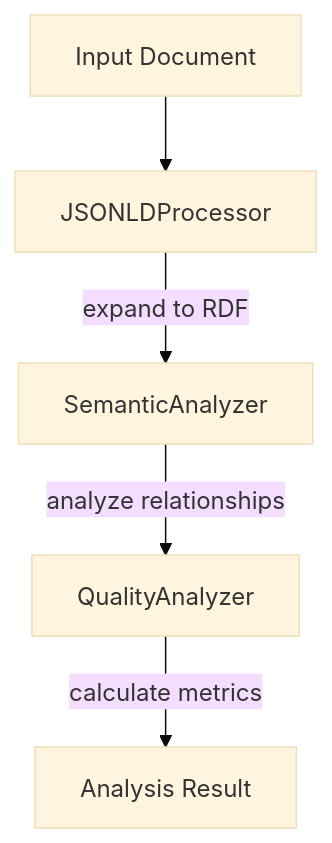
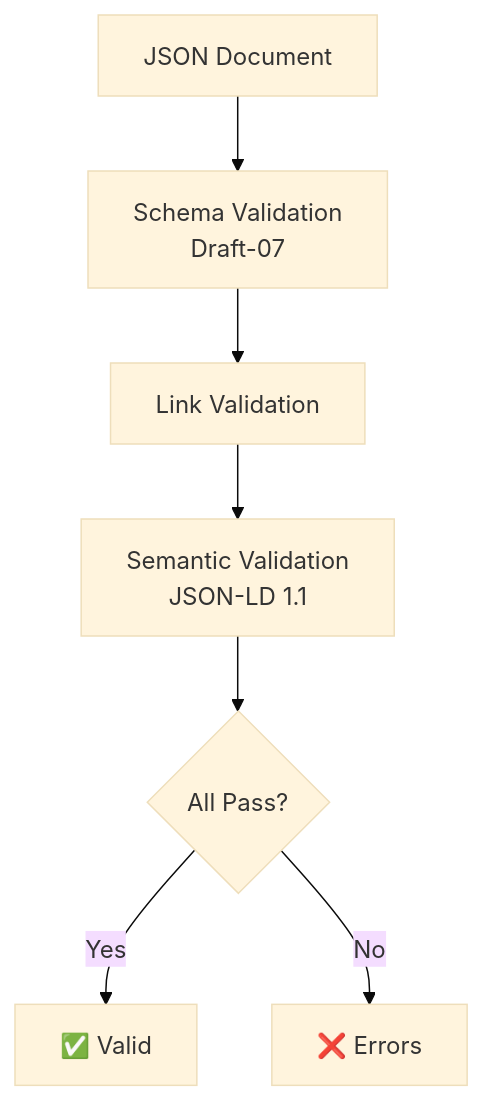
The third of 3 diagrams in specs/architecture.md (mahitotsu/ukiyoue), drawn with Mermaid (base theme) before and after one commit. The commit also changed other lines of this file, not shown here.

First line of the commit message:
refactor(specs): Simplify architecture.md to focus on ADR links and current state

````diff
--- a/specs/architecture.md
+++ b/specs/architecture.md
@@ -671,7 +115,9 @@
 ```mermaid
 flowchart TD
-    Input[Input Document] --> JSONLDProcessor
-    JSONLDProcessor -->|expand to RDF| SemanticAnalyzer
-    SemanticAnalyzer -->|analyze relationships| QualityAnalyzer
-    QualityAnalyzer -->|calculate metrics| Result[Analysis Result]
+    Input[JSON Document] --> SchemaCheck[Schema Validation<br/>Draft-07]
+    SchemaCheck --> LinkCheck[Link Validation]
+    LinkCheck --> SemanticCheck[Semantic Validation<br/>JSON-LD 1.1]
+    SemanticCheck --> Result{All Pass?}
+    Result -->|Yes| Success[✅ Valid]
+    Result -->|No| Failure[❌ Errors]
 ```
````
